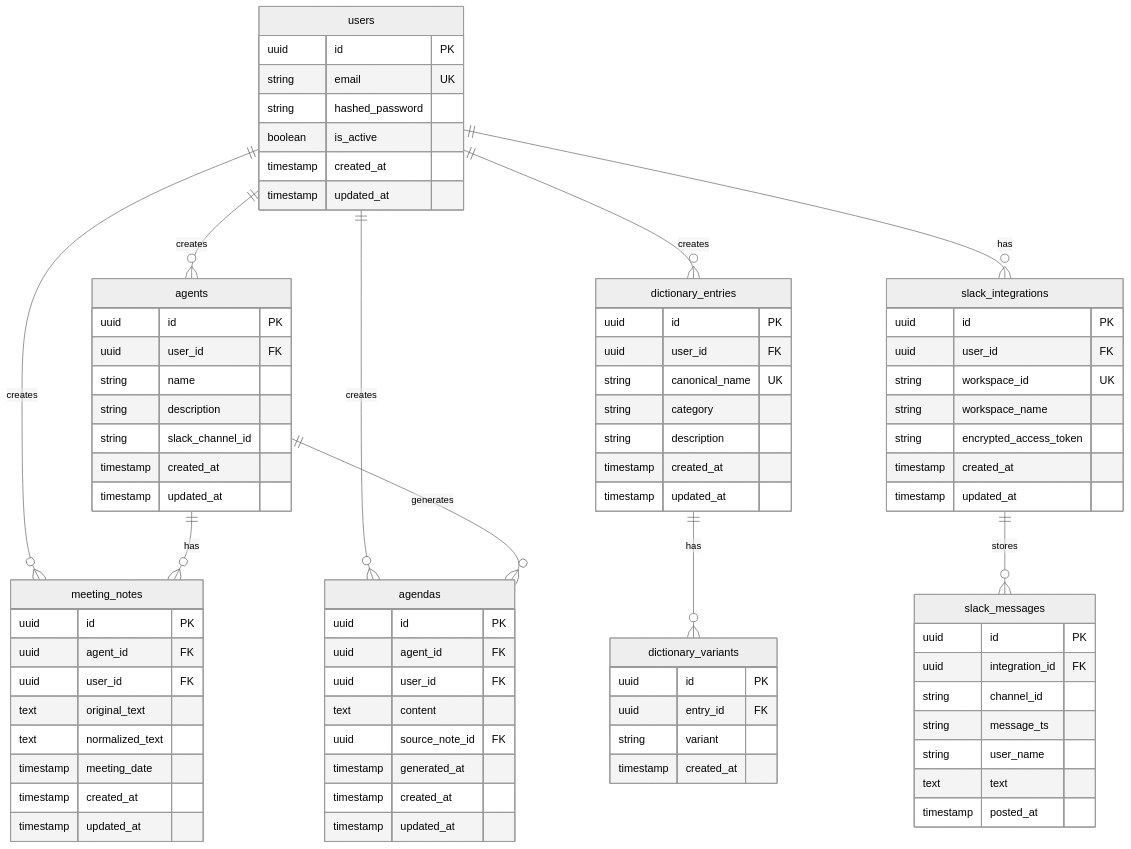
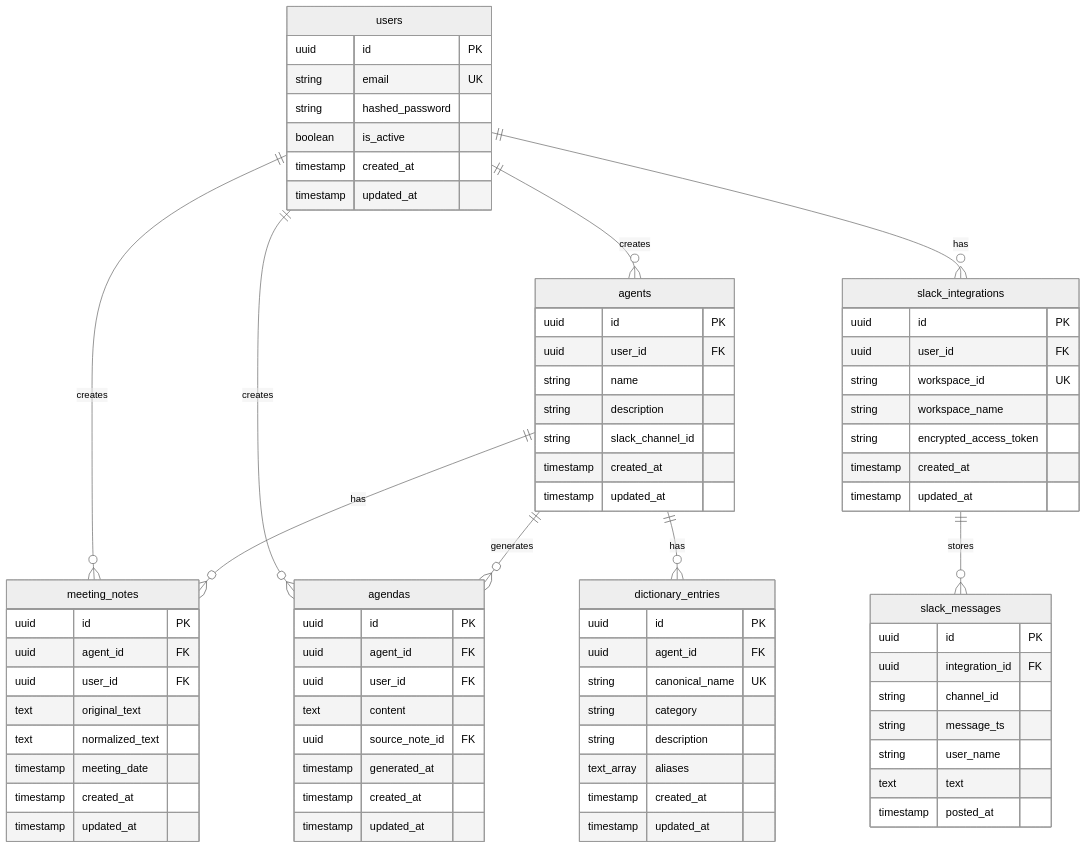
One commit to myksyut/shitaku-ai changed the third of 3 diagrams in docs/design/mvp-core-features.md. Above: the diagram before and after it, drawn with Mermaid (neutral theme). The commit also changed other lines of this file and 41 other files, not shown here.

````diff
--- a/docs/design/mvp-core-features.md
+++ b/docs/design/mvp-core-features.md
@@ -487,15 +482,13 @@
 ```mermaid
 erDiagram
     users ||--o{ agents : creates
-    users ||--o{ dictionary_entries : creates
     users ||--o{ meeting_notes : creates
     users ||--o{ slack_integrations : has
     users ||--o{ agendas : creates
 
     agents ||--o{ meeting_notes : has
     agents ||--o{ agendas : generates
-
-    dictionary_entries ||--o{ dictionary_variants : has
+    agents ||--o{ dictionary_entries : has
 
     slack_integrations ||--o{ slack_messages : stores
 
@@ -520,19 +513,13 @@
 
     dictionary_entries {
         uuid id PK
-        uuid user_id FK
+        uuid agent_id FK
         string canonical_name UK
         string category
         string description
+        text_array aliases
         timestamp created_at
         timestamp updated_at
-    }
-
-    dictionary_variants {
-        uuid id PK
-        uuid entry_id FK
-        string variant
-        timestamp created_at
     }
 
     meeting_notes {
````
